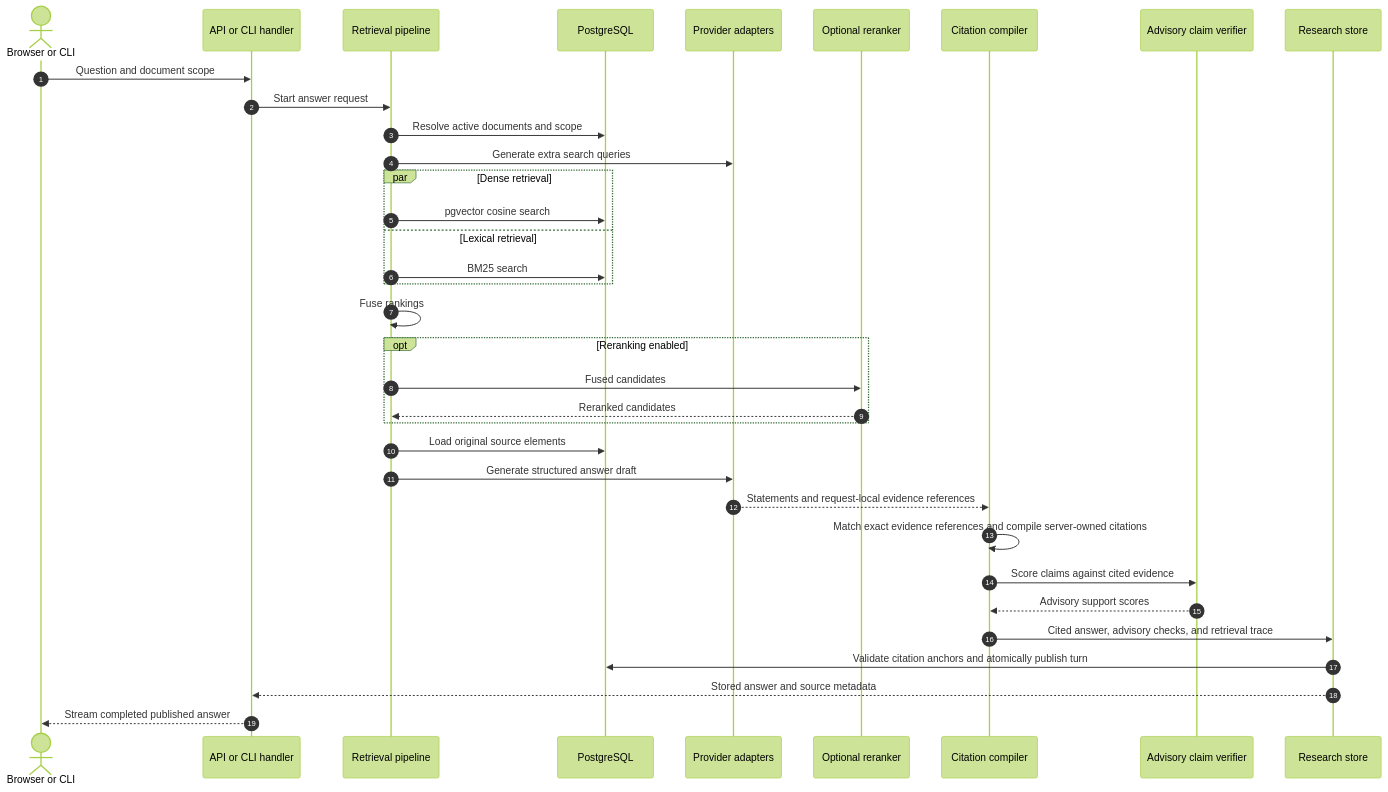
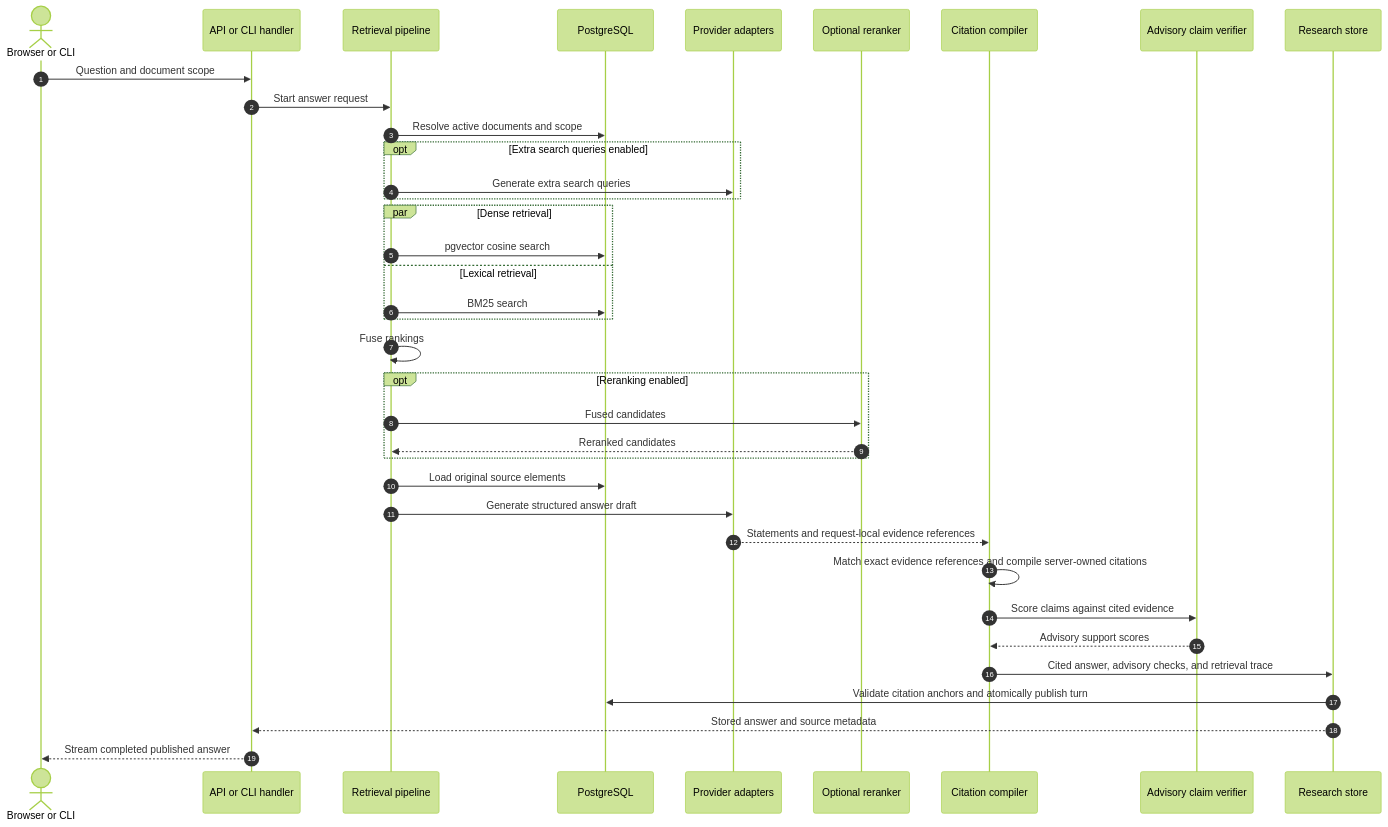
One commit to sageil/citeloom changed the fourth of 4 diagrams in docs/architecture.md. Above: the diagram before and after it, drawn with Mermaid (forest theme). The commit also changed other lines of this file and 64 other files, not shown here.

````diff
--- a/docs/architecture.md
+++ b/docs/architecture.md
@@ -185,38 +191,40 @@
 ```mermaid
 sequenceDiagram
     autonumber
     actor Client as Browser or CLI
     participant Entry as API or CLI handler
     participant Query as Retrieval pipeline
     participant DB as PostgreSQL
     participant AI as Provider adapters
     participant Ranker as Optional reranker
     participant Validate as Citation compiler
     participant HHEM as Advisory claim verifier
     participant Research as Research store
 
     Client->>Entry: Question and document scope
     Entry->>Query: Start answer request
     Query->>DB: Resolve active documents and scope
-    Query->>AI: Generate extra search queries
+    opt Extra search queries enabled
+        Query->>AI: Generate extra search queries
+    end
     par Dense retrieval
         Query->>DB: pgvector cosine search
     and Lexical retrieval
         Query->>DB: BM25 search
     end
     Query->>Query: Fuse rankings
     opt Reranking enabled
         Query->>Ranker: Fused candidates
         Ranker-->>Query: Reranked candidates
     end
     Query->>DB: Load original source elements
     Query->>AI: Generate structured answer draft
     AI-->>Validate: Statements and request-local evidence references
     Validate->>Validate: Match exact evidence references and compile server-owned citations
     Validate->>HHEM: Score claims against cited evidence
     HHEM-->>Validate: Advisory support scores
     Validate->>Research: Cited answer, advisory checks, and retrieval trace
     Research->>DB: Validate citation anchors and atomically publish turn
     Research-->>Entry: Stored answer and source metadata
     Entry-->>Client: Stream completed published answer
 ```
````
